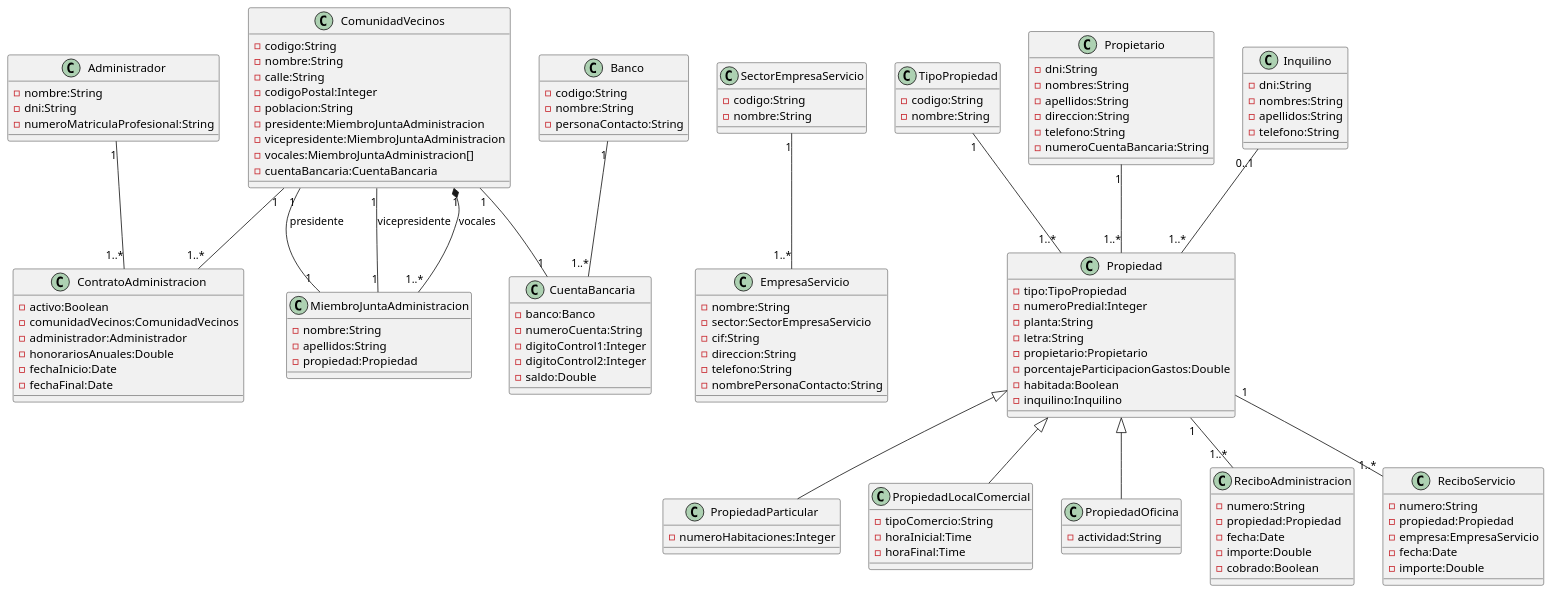
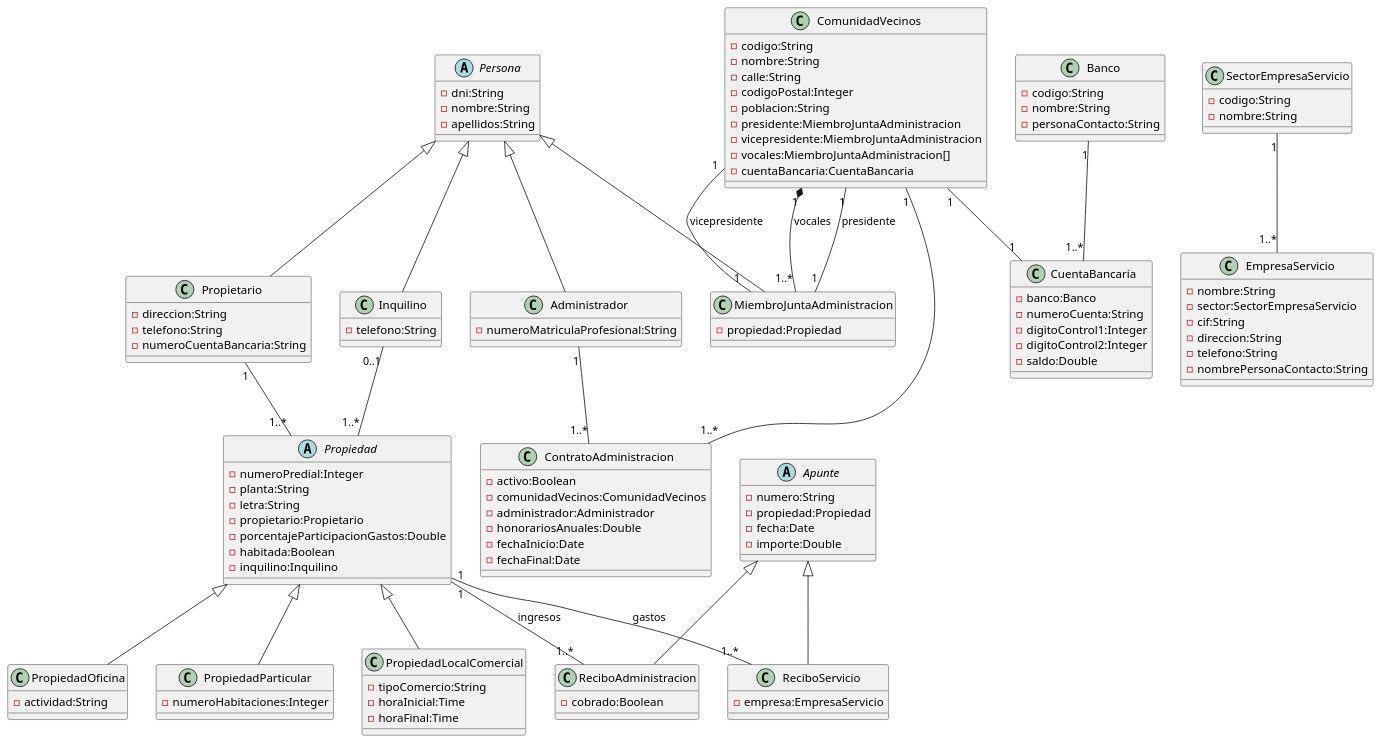
Before and after one commit to jorgealfonsogarcia/uan-spec-engsw-quality-workshop-01-poo: the diagram in uan-spec-engsw-quality-workshop-01-poo.puml, drawn with PlantUML.

Commit message:
Ajustes sobre la primera aproximación.

```diff
--- a/uan-spec-engsw-quality-workshop-01-poo.puml
+++ b/uan-spec-engsw-quality-workshop-01-poo.puml
@@ -1,162 +1,161 @@
 @startuml uan-spec-engsw-quality-workshop-01-poo
 
 ' --- CLASES ---
+
+abstract class Persona {
+    -dni:String
+    -nombre:String
+    -apellidos:String
+}
+
+class Administrador {
+    -numeroMatriculaProfesional:String
+}
+
+class Propietario {
+    -direccion:String
+    -telefono:String
+    -numeroCuentaBancaria:String
+}
+
+class Inquilino {
+    -telefono:String
+}
+
+class MiembroJuntaAdministracion {
+    -propiedad:Propiedad
+}
 
 class ComunidadVecinos {
     -codigo:String
     -nombre:String
     -calle:String
     -codigoPostal:Integer
     -poblacion:String
     -presidente:MiembroJuntaAdministracion
     -vicepresidente:MiembroJuntaAdministracion
     -vocales:MiembroJuntaAdministracion[]
     -cuentaBancaria:CuentaBancaria
 }
 
 class ContratoAdministracion {
     -activo:Boolean
     -comunidadVecinos:ComunidadVecinos
     -administrador:Administrador
     -honorariosAnuales:Double
     -fechaInicio:Date
     -fechaFinal:Date
 }
 
-class Administrador {
-    -nombre:String
-    -dni:String
-    -numeroMatriculaProfesional:String
-}
-
 class SectorEmpresaServicio {
     -codigo:String
     -nombre:String
 }
 
 class EmpresaServicio {
     -nombre:String
     -sector:SectorEmpresaServicio
     -cif:String
     -direccion:String
     -telefono:String
     -nombrePersonaContacto:String
 }
 
-class TipoPropiedad {
-    -codigo:String
-    -nombre:String
-}
-
-class Propietario {
-    -dni:String
-    -nombres:String
-    -apellidos:String
-    -direccion:String
-    -telefono:String
-    -numeroCuentaBancaria:String
-}
-
-class Inquilino {
-    -dni:String
-    -nombres:String
-    -apellidos:String
-    -telefono:String
-}
-
-class Propiedad {
-    -tipo:TipoPropiedad
+abstract class Propiedad {
     -numeroPredial:Integer
     -planta:String
     -letra:String
     -propietario:Propietario
     -porcentajeParticipacionGastos:Double
     -habitada:Boolean
     -inquilino:Inquilino
 }
 
 class PropiedadParticular {
     -numeroHabitaciones:Integer
 }
 
 class PropiedadLocalComercial {
     -tipoComercio:String
     -horaInicial:Time
     -horaFinal:Time
 }
 
 class PropiedadOficina {
     -actividad:String
 }
 
-class MiembroJuntaAdministracion {
-    -nombre:String
-    -apellidos:String
-    -propiedad:Propiedad
-}
-
 class Banco {
     -codigo:String
     -nombre:String
     -personaContacto:String
 }
 
 class CuentaBancaria {
     -banco:Banco
     -numeroCuenta:String
     -digitoControl1:Integer
     -digitoControl2:Integer
     -saldo:Double
 }
 
-class ReciboAdministracion {
+abstract class Apunte {
     -numero:String
     -propiedad:Propiedad
     -fecha:Date
     -importe:Double
+}
+
+class ReciboAdministracion {
     -cobrado:Boolean
 }
 
 class ReciboServicio {
-    -numero:String
-    -propiedad:Propiedad
     -empresa:EmpresaServicio
-    -fecha:Date
-    -importe:Double
 }
 
 ' --- MULTIPLICIDAD Y ASOCIACIONES ---
+
+Persona <|-- Administrador
+
+Persona <|-- Propietario
+
+Persona <|-- Inquilino
+
+Persona <|-- MiembroJuntaAdministracion
 
 ComunidadVecinos "1" -- "1..*" ContratoAdministracion
 
 Administrador "1" -- "1..*" ContratoAdministracion
 
 SectorEmpresaServicio "1" -- "1..*" EmpresaServicio
-
-TipoPropiedad "1" -- "1..*" Propiedad
 
 Propietario "1" -- "1..*" Propiedad
 
 Inquilino "0..1" -- "1..*" Propiedad
 
 Propiedad <|-- PropiedadParticular
 
 Propiedad <|-- PropiedadLocalComercial
 
 Propiedad <|-- PropiedadOficina
 
 ComunidadVecinos "1" -- "1" MiembroJuntaAdministracion : presidente
 
 ComunidadVecinos "1" -- "1" MiembroJuntaAdministracion : vicepresidente
 
 ComunidadVecinos "1" *-- "1..*" MiembroJuntaAdministracion : vocales
 
 Banco "1" -- "1..*" CuentaBancaria
 
 ComunidadVecinos "1" -- "1" CuentaBancaria
 
-Propiedad "1" -- "1..*" ReciboAdministracion
+Propiedad "1" -- "1..*" ReciboAdministracion : ingresos
 
-Propiedad "1" -- "1..*" ReciboServicio
+Propiedad "1" -- "1..*" ReciboServicio : gastos
+
+Apunte <|-- ReciboAdministracion
+
+Apunte <|-- ReciboServicio
 
 @enduml
```
